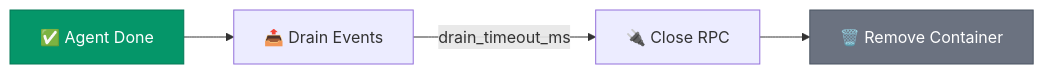
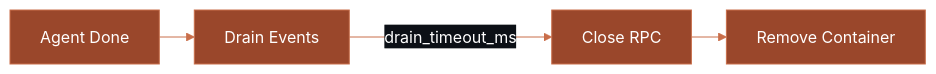
Before and after one commit to OmerFarukOruc/risoluto: the first of 3 diagrams in docs-site/concepts/runtime.mdx, drawn with Mermaid. The commit also changed other lines of this file and 24 other files, not shown here.

````diff
--- a/docs-site/concepts/runtime.mdx
+++ b/docs-site/concepts/runtime.mdx
@@ -57,9 +74,7 @@
 ```mermaid
+%%{init: {'flowchart': {'defaultRenderer': 'elk'}, 'theme': 'base', 'themeVariables': {'primaryColor': '#9a472b', 'primaryTextColor': '#fff', 'primaryBorderColor': '#c96e4a', 'lineColor': '#c96e4a', 'secondaryColor': '#0c1016', 'tertiaryColor': '#1a1f2e'}}}%%
 flowchart LR
-    A["✅ Agent Done"] --> B["📤 Drain Events"]
-    B -->|drain_timeout_ms| C["🔌 Close RPC"]
-    C --> D["🗑️ Remove Container"]
-
-    style A fill:#059669,stroke:#047857,color:#fff
-    style D fill:#6b7280,stroke:#4b5563,color:#fff
+    A["Agent Done"] --> B["Drain Events"]
+    B -->|drain_timeout_ms| C["Close RPC"]
+    C --> D["Remove Container"]
 ```
````
